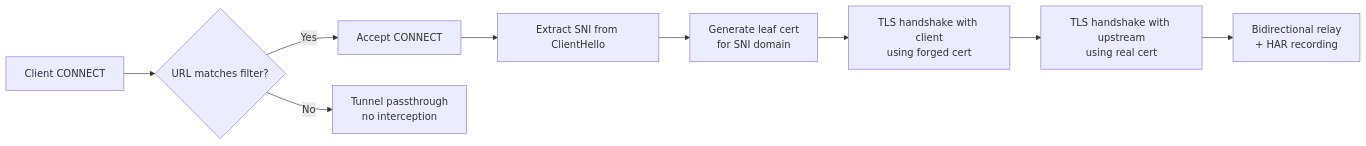
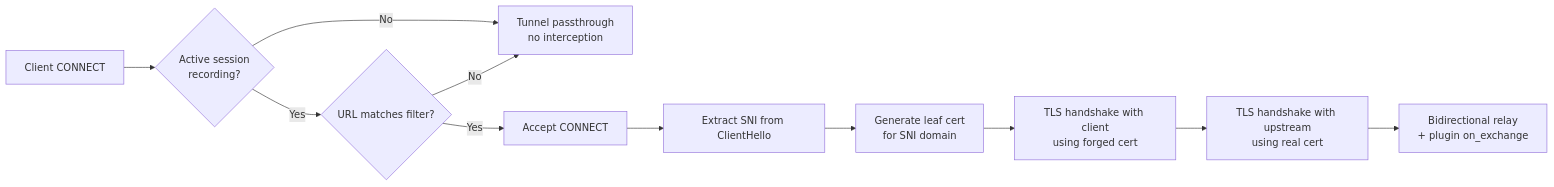
Before and after one commit to Gile987/scope: the third of 4 diagrams in docs/design/rust-tls-proxy.md, drawn with Mermaid. The commit also changed other lines of this file, not shown here.

Commit message:
docs: passthrough when no active recording session — no interception outside sessions

````diff
--- a/docs/design/rust-tls-proxy.md
+++ b/docs/design/rust-tls-proxy.md
@@ -232,11 +232,13 @@
 ```mermaid
 flowchart LR
-    A[Client CONNECT] --> B{URL matches filter?}
-    B -->|Yes| C[Accept CONNECT]
-    B -->|No| D[Tunnel passthrough<br/>no interception]
-    C --> E[Extract SNI from ClientHello]
-    E --> F[Generate leaf cert<br/>for SNI domain]
-    F --> G[TLS handshake with client<br/>using forged cert]
-    G --> H[TLS handshake with upstream<br/>using real cert]
-    H --> I[Bidirectional relay<br/>+ HAR recording]
+    A[Client CONNECT] --> B{Active session<br/>recording?}
+    B -->|No| C[Tunnel passthrough<br/>no interception]
+    B -->|Yes| D{URL matches filter?}
+    D -->|No| C
+    D -->|Yes| E[Accept CONNECT]
+    E --> F[Extract SNI from ClientHello]
+    F --> G[Generate leaf cert<br/>for SNI domain]
+    G --> H[TLS handshake with client<br/>using forged cert]
+    H --> I[TLS handshake with upstream<br/>using real cert]
+    I --> J[Bidirectional relay<br/>+ plugin on_exchange]
 ```
````
